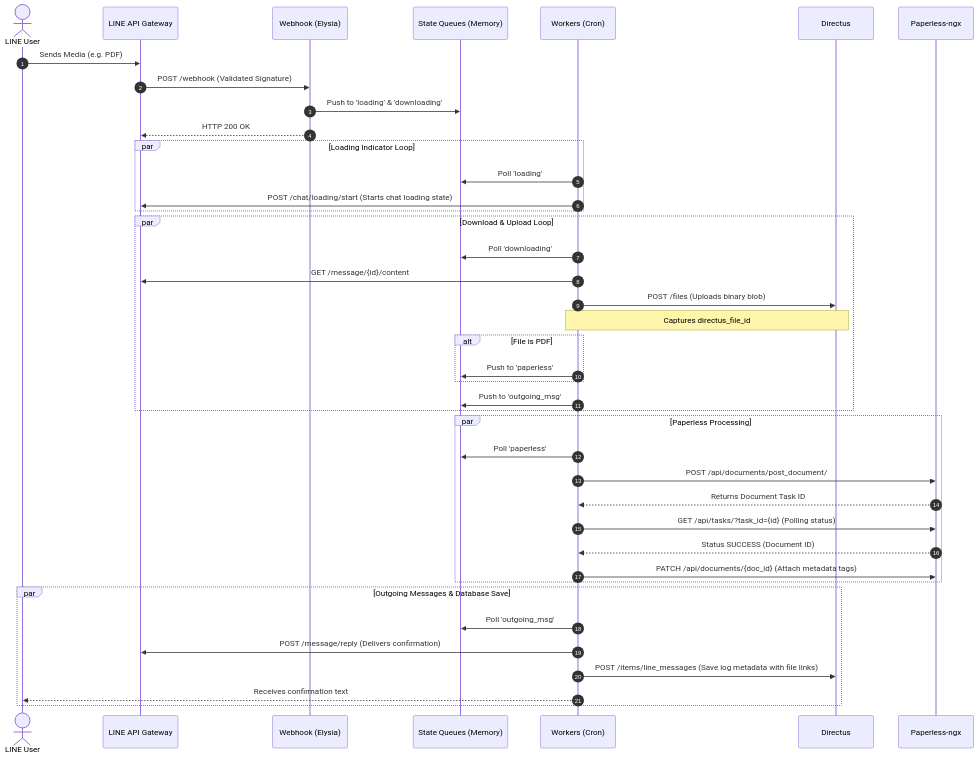
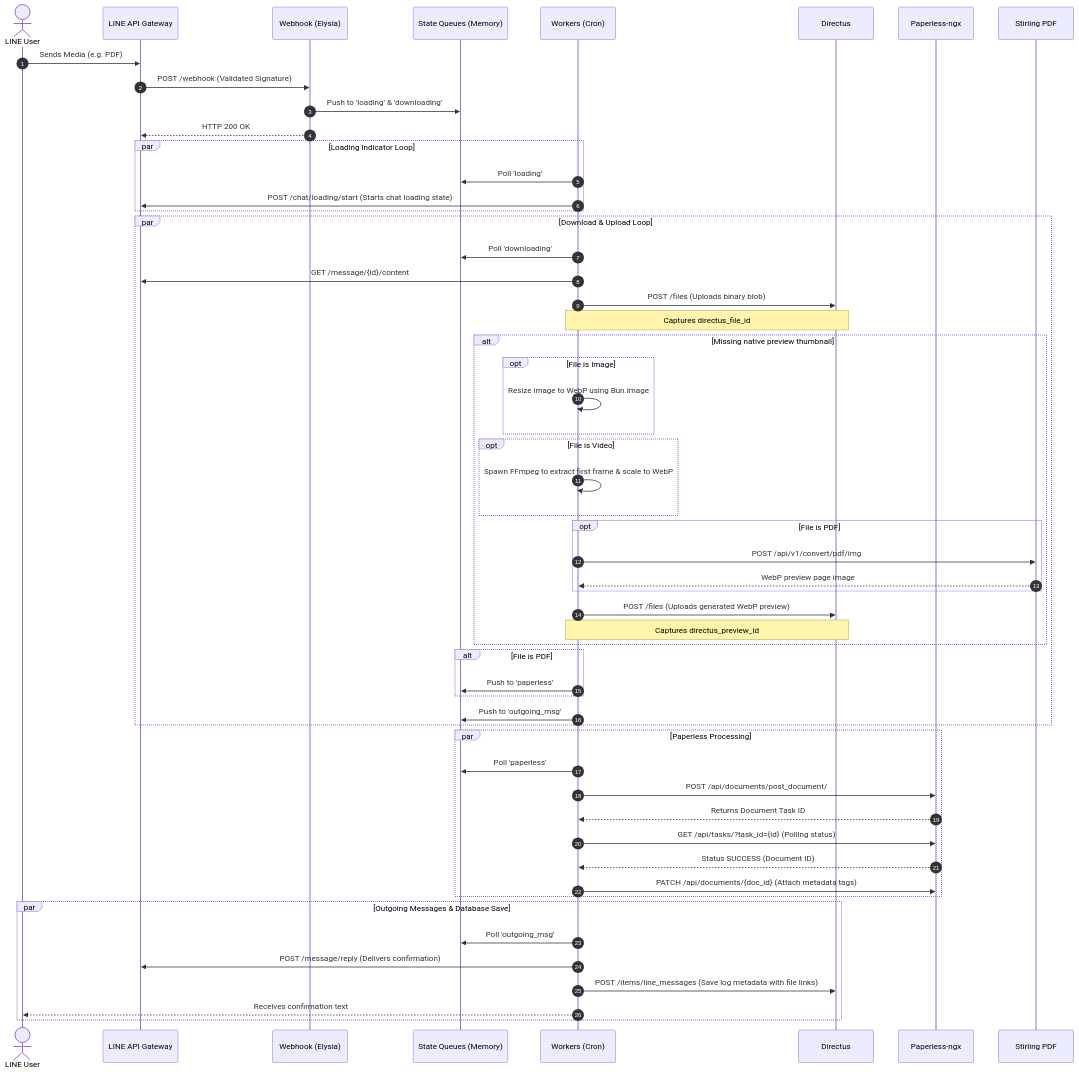
One commit to itpcc/line-filestore changed the diagram in PROJECT.md. Above: the diagram before and after it, drawn with Mermaid. The commit also changed other lines of this file and 7 other files, not shown here.

Commit message:
feat: implement automatic preview generation for ingested media using FFmpeg, Pillow, and Stirling PDF API.

````diff
--- a/PROJECT.md
+++ b/PROJECT.md
@@ -51,48 +54,65 @@
 ```mermaid
 sequenceDiagram
     autonumber
     actor User as LINE User
     participant Line as LINE API Gateway
     participant App as Webhook (Elysia)
     participant Q as State Queues (Memory)
     participant W as Workers (Cron)
     participant Dir as Directus
     participant Pap as Paperless-ngx
+    participant Stirling as Stirling PDF
 
     User->>Line: Sends Media (e.g. PDF)
     Line->>App: POST /webhook (Validated Signature)
     App->>Q: Push to 'loading' & 'downloading'
     App-->>Line: HTTP 200 OK
 
     par Loading Indicator Loop
         W->>Q: Poll 'loading'
         W->>Line: POST /chat/loading/start (Starts chat loading state)
     end
 
     par Download & Upload Loop
         W->>Q: Poll 'downloading'
         W->>Line: GET /message/{id}/content
         W->>Dir: POST /files (Uploads binary blob)
         note over W, Dir: Captures directus_file_id
+        
+        alt Missing native preview thumbnail
+            opt File is Image
+                W->>W: Resize image to WebP using Bun.Image
+            end
+            opt File is Video
+                W->>W: Spawn FFmpeg to extract first frame & scale to WebP
+            end
+            opt File is PDF
+                W->>Stirling: POST /api/v1/convert/pdf/img
+                Stirling-->>W: WebP preview page image
+            end
+            W->>Dir: POST /files (Uploads generated WebP preview)
+            note over W, Dir: Captures directus_preview_id
+        end
+
         alt File is PDF
             W->>Q: Push to 'paperless'
         end
         W->>Q: Push to 'outgoing_msg'
     end
 
     par Paperless Processing
         W->>Q: Poll 'paperless'
         W->>Pap: POST /api/documents/post_document/
         Pap-->>W: Returns Document Task ID
         W->>Pap: GET /api/tasks/?task_id={id} (Polling status)
         Pap-->>W: Status SUCCESS (Document ID)
         W->>Pap: PATCH /api/documents/{doc_id} (Attach metadata tags)
     end
 
     par Outgoing Messages & Database Save
         W->>Q: Poll 'outgoing_msg'
         W->>Line: POST /message/reply (Delivers confirmation)
         W->>Dir: POST /items/line_messages (Save log metadata with file links)
         W-->>User: Receives confirmation text
     end
 ```
````
